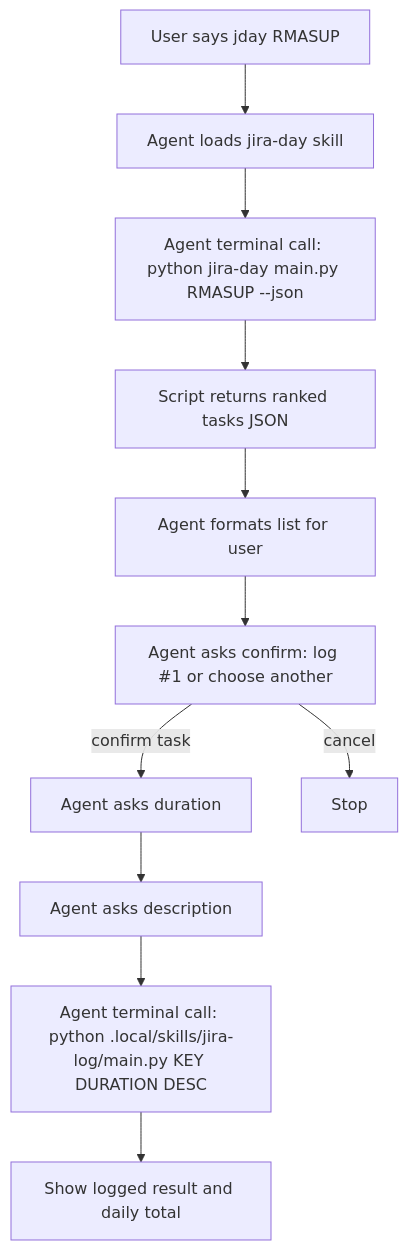
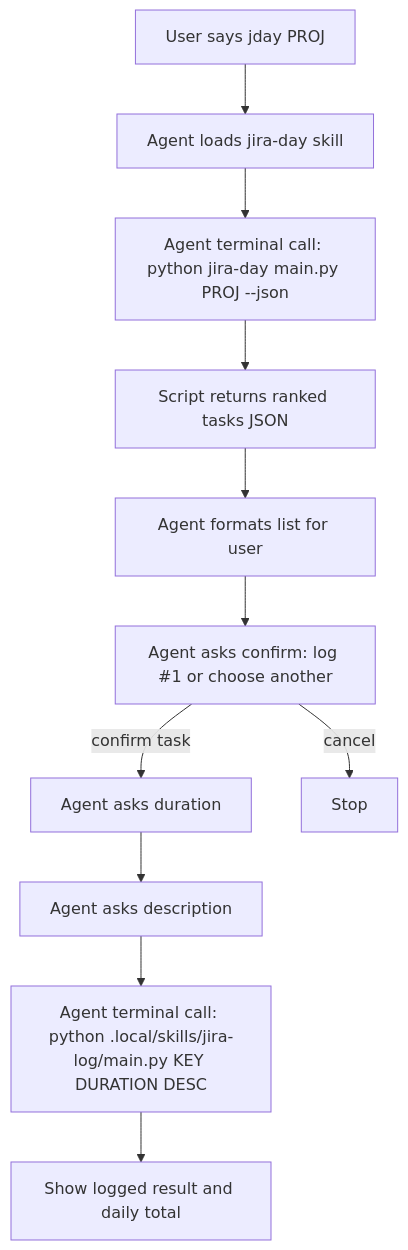
Before and after one commit to manpham-saritasa/devflow: the first of 2 diagrams in .ai/plugins/jiraflow/README.md, drawn with Mermaid. The commit also changed other lines of this file and 2 other files, not shown here.

Commit message:
Replace RMASUP with PROJ in docs, enforce project key sanitization

````diff
--- a/.ai/plugins/jiraflow/README.md
+++ b/.ai/plugins/jiraflow/README.md
@@ -36,13 +36,13 @@
 ```mermaid
 flowchart TD
-    A[User says jday RMASUP] --> B[Agent loads jira-day skill]
-    B --> C[Agent terminal call: python jira-day main.py RMASUP --json]
+    A[User says jday PROJ] --> B[Agent loads jira-day skill]
+    B --> C[Agent terminal call: python jira-day main.py PROJ --json]
     C --> D[Script returns ranked tasks JSON]
     D --> E[Agent formats list for user]
     E --> F[Agent asks confirm: log #1 or choose another]
     F -->|confirm task| G[Agent asks duration]
     G --> H[Agent asks description]
     H --> I[Agent terminal call: python .local/skills/jira-log/main.py KEY DURATION DESC]
     I --> J[Show logged result and daily total]
     F -->|cancel| K[Stop]
 ```
````
